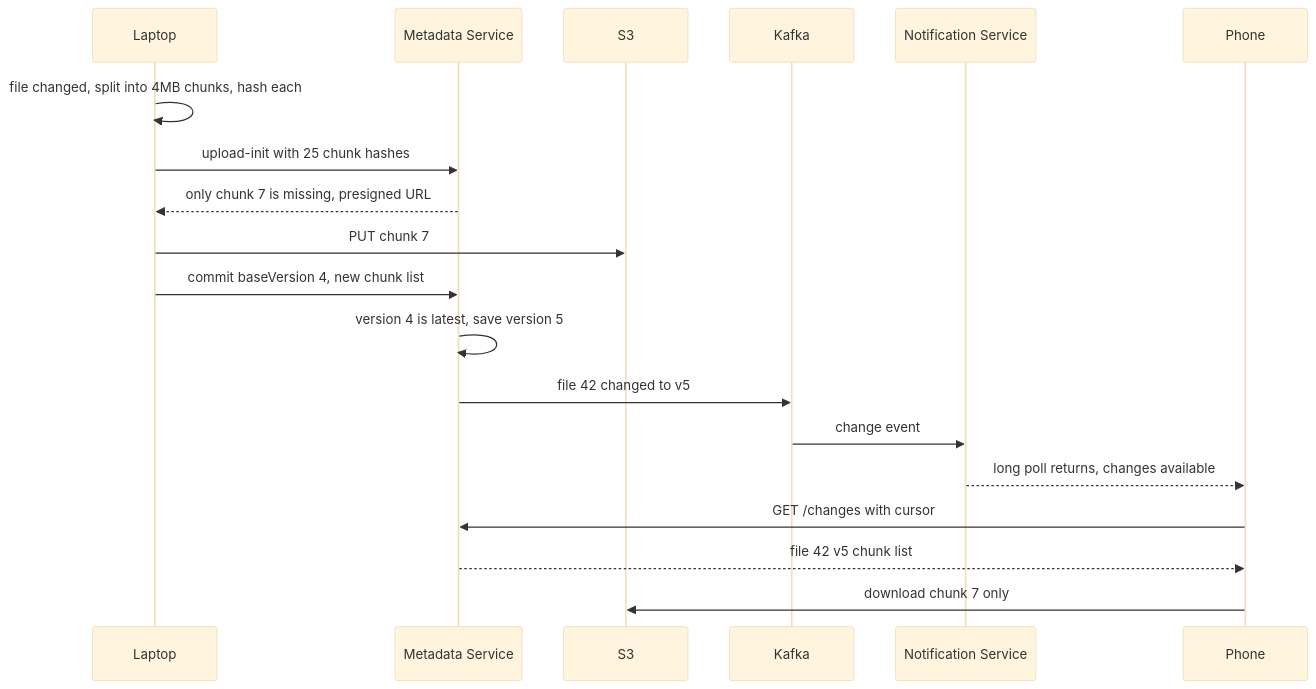
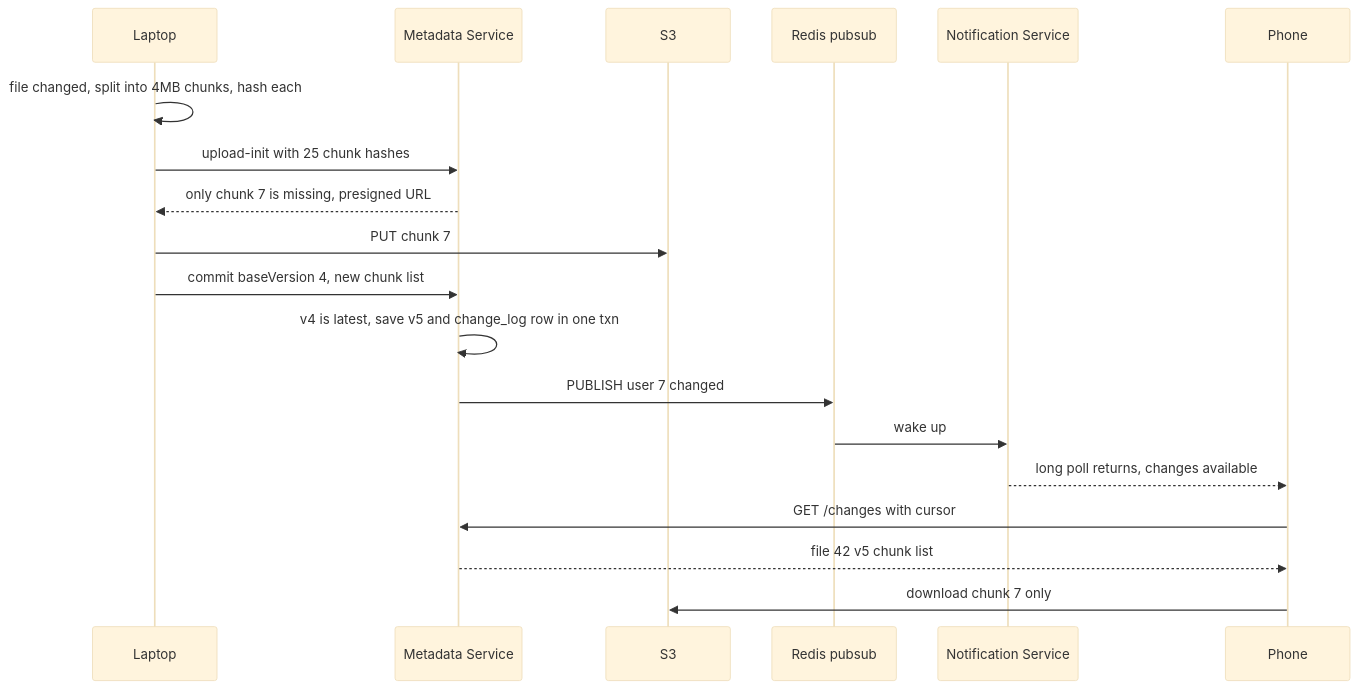
One commit to flow6979/system-design-prep changed the second of 3 diagrams in content-en/02-questions/t1-08-dropbox.md. Above: the diagram before and after it, drawn with Mermaid (base theme). The commit also changed other lines of this file and 61 other files, not shown here.

````diff
--- a/content-en/02-questions/t1-08-dropbox.md
+++ b/content-en/02-questions/t1-08-dropbox.md
@@ -104,21 +111,21 @@
 ```mermaid
 sequenceDiagram
   participant L as Laptop
   participant M as Metadata Service
   participant S as S3
-  participant K as Kafka
+  participant K as Redis pubsub
   participant N as Notification Service
   participant P as Phone
   L->>L: file changed, split into 4MB chunks, hash each
   L->>M: upload-init with 25 chunk hashes
   M-->>L: only chunk 7 is missing, presigned URL
   L->>S: PUT chunk 7
   L->>M: commit baseVersion 4, new chunk list
-  M->>M: version 4 is latest, save version 5
-  M->>K: file 42 changed to v5
-  K->>N: change event
+  M->>M: v4 is latest, save v5 and change_log row in one txn
+  M->>K: PUBLISH user 7 changed
+  K->>N: wake up
   N-->>P: long poll returns, changes available
   P->>M: GET /changes with cursor
   M-->>P: file 42 v5 chunk list
   P->>S: download chunk 7 only
 ```
````
